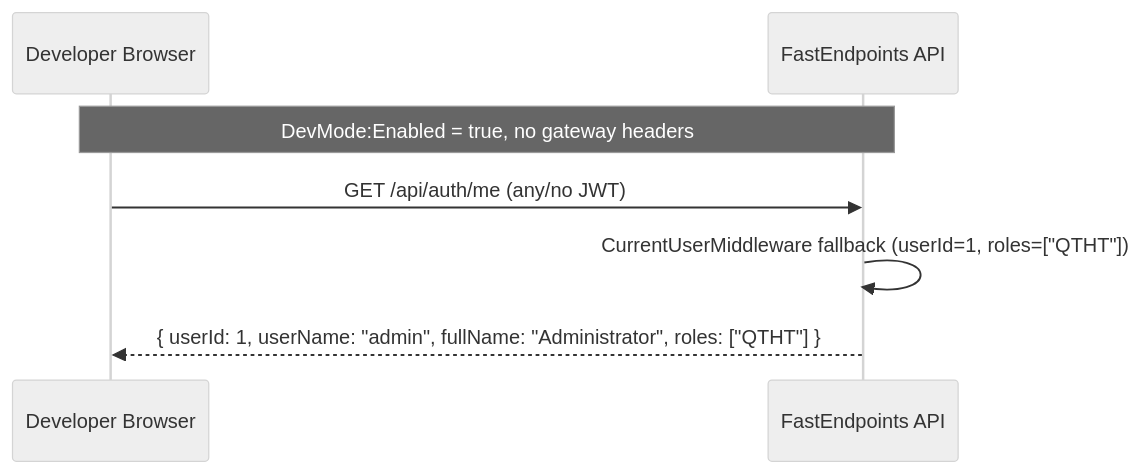
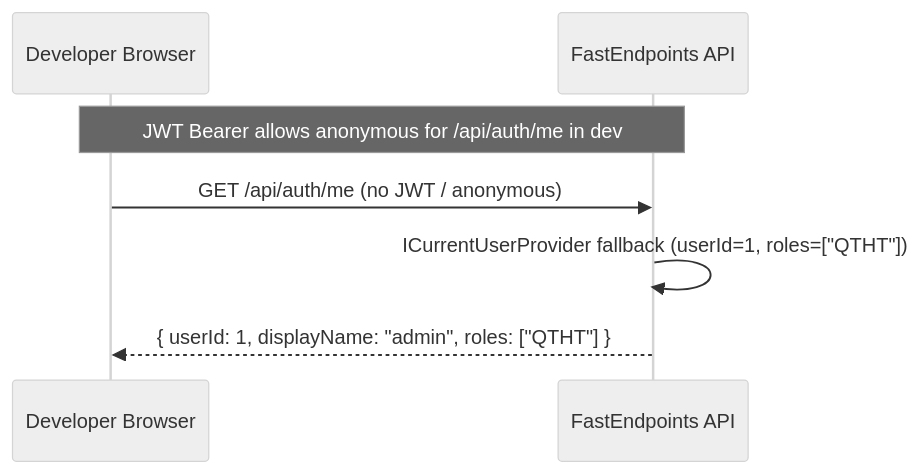
Before and after one commit to Ali-AnNT/qlnp-ttcds: the fifth of 7 diagrams in docs/system-architecture.md, drawn with Mermaid (neutral theme). The commit also changed other lines of this file and 13 other files, not shown here.

Commit message:
docs: update architecture, SRS, and project docs for JWT auth + leave requests

````diff
--- a/docs/system-architecture.md
+++ b/docs/system-architecture.md
@@ -238,10 +226,10 @@
 ```mermaid
 sequenceDiagram
     participant Dev as Developer Browser
     participant API as FastEndpoints API
 
-    Note over Dev,API: DevMode:Enabled = true, no gateway headers
-    Dev->>API: GET /api/auth/me (any/no JWT)
-    API->>API: CurrentUserMiddleware fallback (userId=1, roles=["QTHT"])
-    API-->>Dev: { userId: 1, userName: "admin", fullName: "Administrator", roles: ["QTHT"] }
+    Note over Dev,API: JWT Bearer allows anonymous for /api/auth/me in dev
+    Dev->>API: GET /api/auth/me (no JWT / anonymous)
+    API->>API: ICurrentUserProvider fallback (userId=1, roles=["QTHT"])
+    API-->>Dev: { userId: 1, displayName: "admin", roles: ["QTHT"] }
 ```
````
